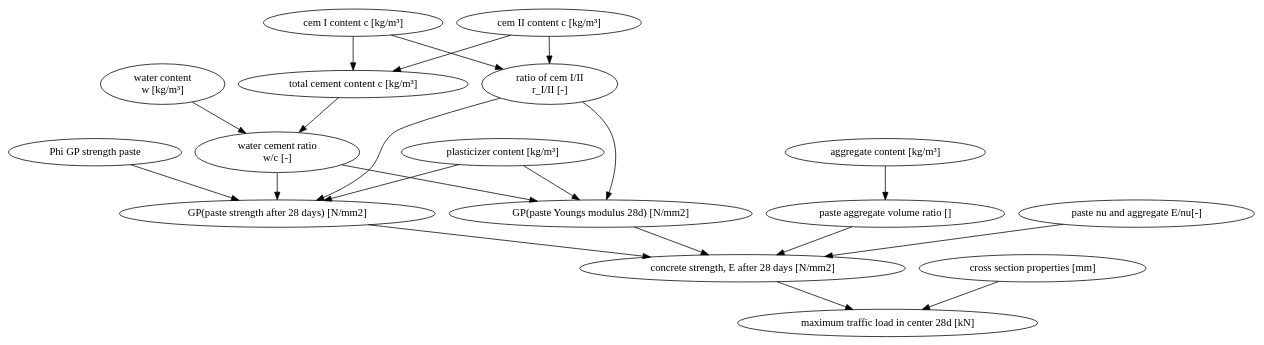
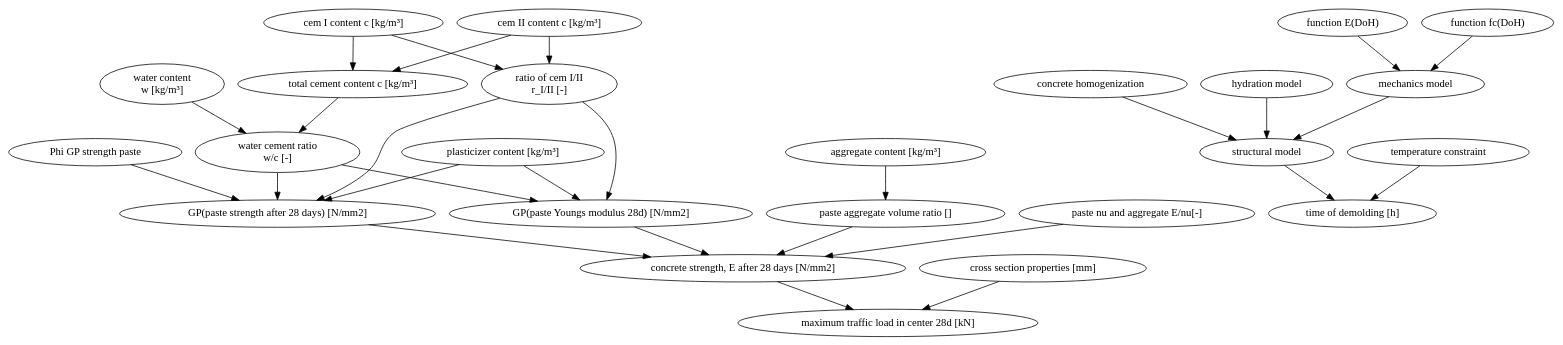
The diagram in usecases/demonstrator/prob_graph/doctest-output/LebeDigital.gv (BAMresearch/LebeDigital), drawn with Graphviz before and after one commit. The commit also changed 2 other files, not shown here.

Commit message:
working on adding the structural model into the graph

```diff
--- a/usecases/demonstrator/prob_graph/doctest-output/LebeDigital.gv
+++ b/usecases/demonstrator/prob_graph/doctest-output/LebeDigital.gv
@@ -1,42 +1,57 @@
 // LebeDigital 
 digraph LebeDigital {
 	cemI [label="cem I content c [kg/m³]"]
 	cemII [label="cem II content c [kg/m³]"]
 	c [label="total cement content c [kg/m³]"]
 	plasticizer [label="plasticizer content [kg/m³]"]
 	"aggregate content" [label="aggregate content [kg/m³]"]
 	cemI -> c
 	cemII -> c
 	ratio_cemI_cemII [label="ratio of cem I/II
  r_I/II [-]"]
 	cemI -> ratio_cemI_cemII
 	cemII -> ratio_cemI_cemII
 	w [label="water content
  w [kg/m³]"]
 	"w/c" [label="water cement ratio
  w/c [-]"]
 	w -> "w/c"
 	c -> "w/c"
 	"Phi GP strength paste" [label="Phi GP strength paste"]
 	"Phi GP strength paste" -> "paste strength 28d"
 	"paste strength 28d" [label="GP(paste strength after 28 days) [N/mm2]"]
 	"paste strength 28d" -> "concrete strength, E 28d"
 	"aggregate content" -> "paste/aggregate volume ratio"
 	plasticizer -> "paste strength 28d"
 	plasticizer -> "E paste"
 	"paste/aggregate volume ratio" [label="paste aggregate volume ratio []"]
 	"paste/aggregate volume ratio" -> "concrete strength, E 28d"
 	ratio_cemI_cemII -> "E paste"
 	ratio_cemI_cemII -> "paste strength 28d"
 	"E paste" [label="GP(paste Youngs modulus 28d) [N/mm2]"]
 	"E paste" -> "concrete strength, E 28d"
 	"w/c" -> "E paste"
 	"w/c" -> "paste strength 28d"
 	"nu paste, E,nu aggregates" [label="paste nu and aggregate E/nu[-]"]
 	"nu paste, E,nu aggregates" -> "concrete strength, E 28d"
 	"concrete strength, E 28d" [label="concrete strength, E after 28 days [N/mm2]"]
 	"concrete strength, E 28d" -> "load bearing capacity"
 	"cross section" [label="cross section properties [mm]"]
 	"cross section" -> "load bearing capacity"
 	"load bearing capacity" [label="maximum traffic load in center 28d [kN]"]
+	"demolding time" [label="time of demolding [h]"]
+	"fem model" [label="structural model"]
+	"fem model" -> "demolding time"
+	"concrete homogenization" [label="concrete homogenization"]
+	"hydration model" [label="hydration model"]
+	"mechanics model" [label="mechanics model"]
+	"E(DoH)" [label="function E(DoH)"]
+	"fc(DoH)" [label="function fc(DoH)"]
+	"max temp" [label="temperature constraint"]
+	"max temp" -> "demolding time"
+	"concrete homogenization" -> "fem model"
+	"hydration model" -> "fem model"
+	"mechanics model" -> "fem model"
+	"E(DoH)" -> "mechanics model"
+	"fc(DoH)" -> "mechanics model"
 }
```
